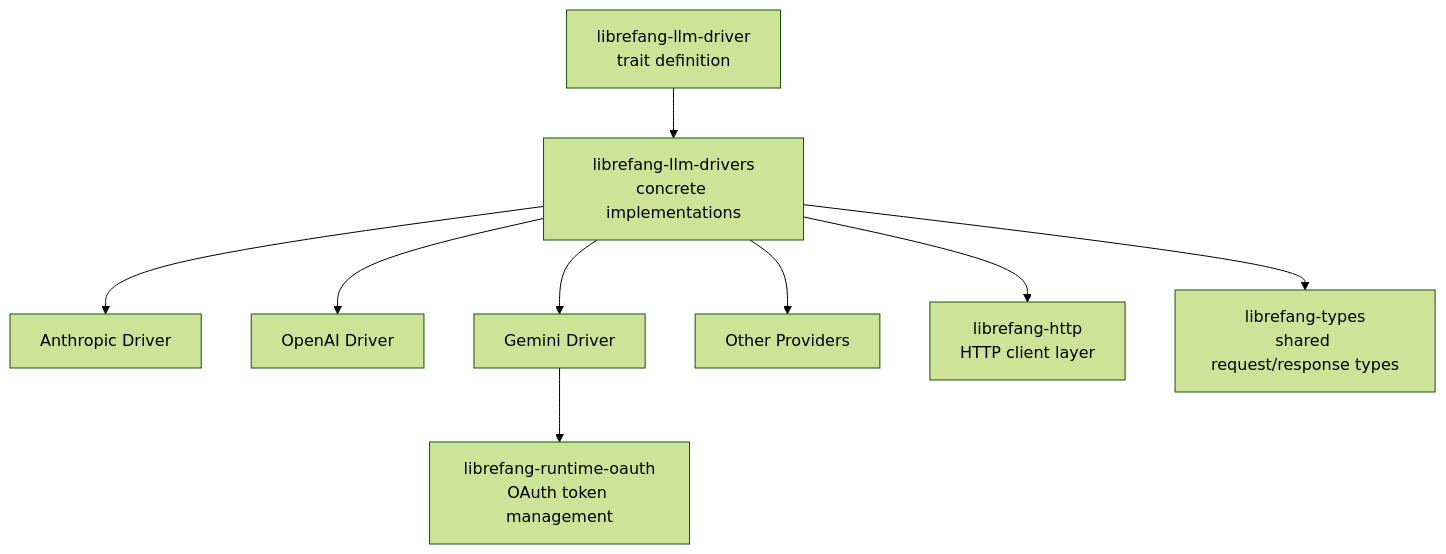
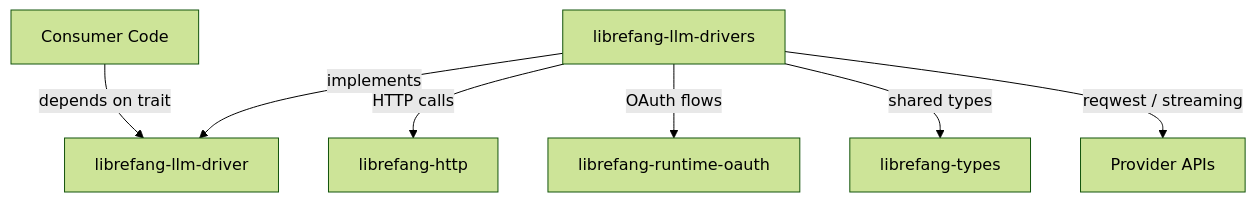
The diagram in other-librefang-llm-drivers.md (leszek3737/librefang-WIki), drawn with Mermaid (forest theme) before and after one commit. The commit also changed other lines of this file and 98 other files, not shown here.

````diff
--- a/other-librefang-llm-drivers.md
+++ b/other-librefang-llm-drivers.md
@@ -17,11 +21,9 @@
 ```mermaid
 graph TD
-    A[librefang-llm-driver<br>trait definition] --> B[librefang-llm-drivers<br>concrete implementations]
-    B --> C[Anthropic Driver]
-    B --> D[OpenAI Driver]
-    B --> E[Gemini Driver]
-    B --> F[Other Providers]
-    B --> G[librefang-http<br>HTTP client layer]
-    B --> H[librefang-types<br>shared request/response types]
-    E --> I[librefang-runtime-oauth<br>OAuth token management]
+    A[Consumer Code] -->|depends on trait| B[librefang-llm-driver]
+    C[librefang-llm-drivers] -->|implements| B
+    C -->|HTTP calls| D[librefang-http]
+    C -->|OAuth flows| E[librefang-runtime-oauth]
+    C -->|shared types| F[librefang-types]
+    C -->|reqwest / streaming| G[Provider APIs]
 ```
````
